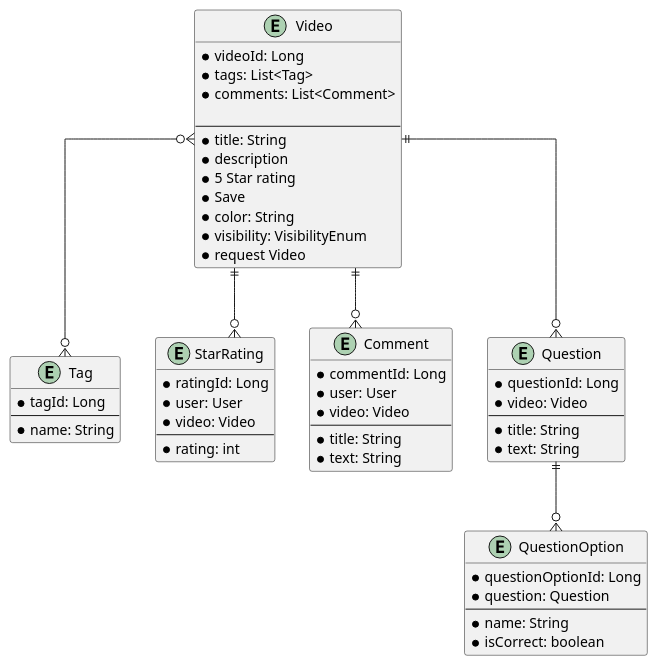
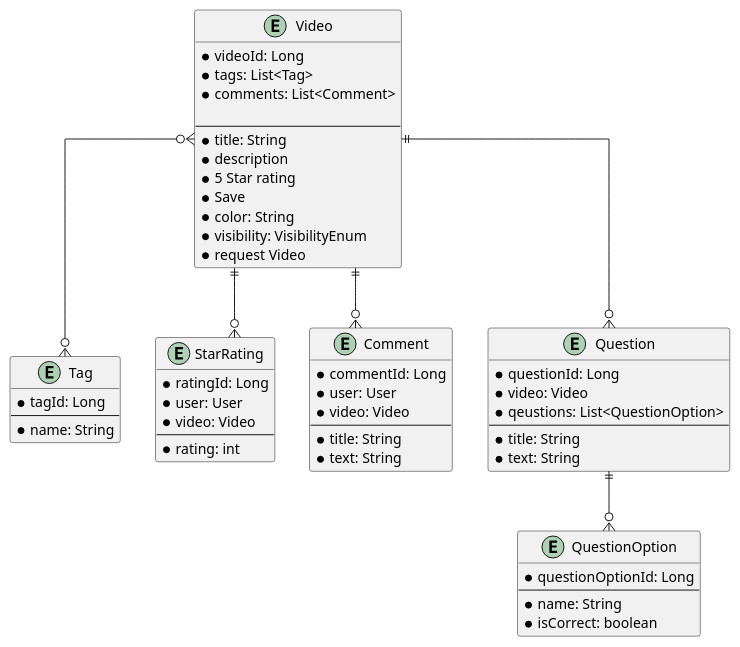
One commit to YanikKendler/iptor-multiflex-academy changed the diagram in docs/ERD.puml. Above: the diagram before and after it, drawn with PlantUML. The commit also changed 12 other files, not shown here.

```diff
--- a/docs/ERD.puml
+++ b/docs/ERD.puml
@@ -1,67 +1,67 @@
 @startuml
   skinparam linetype ortho
 
 	entity Video {
 		* videoId: Long
     * tags: List<Tag>
     * comments: List<Comment>
 
 		--
 		* title: String
     * description
     * 5 Star rating
     * Save
     * color: String
     * visibility: VisibilityEnum
     * request Video
 	}
 
 	entity Tag {
 		* tagId: Long
 		--
 		* name: String
 	}
 
 	entity StarRating {
 		* ratingId: Long
 		* user: User
 		* video: Video
 		--
 		* rating: int
 	}
 
 	entity Comment {
 		* commentId: Long
 		* user: User
 		* video: Video
 		--
 		* title: String
 		* text: String
 	}
 
 
 
 	entity Question {
 		* questionId: Long
 		* video: Video
+		* qeustions: List<QuestionOption>
 		--
 		* title: String
 		* text: String
 	}
 
 	entity QuestionOption {
 		* questionOptionId: Long
-		* question: Question
 		--
 		* name: String
 		* isCorrect: boolean
 	}
 
 	Question ||--o{ QuestionOption
 
 	Video ||--o{ StarRating
 	Video }o--o{ Tag
 	Video ||--o{ Comment
 	Video ||--o{ Question
 
 @enduml
```
